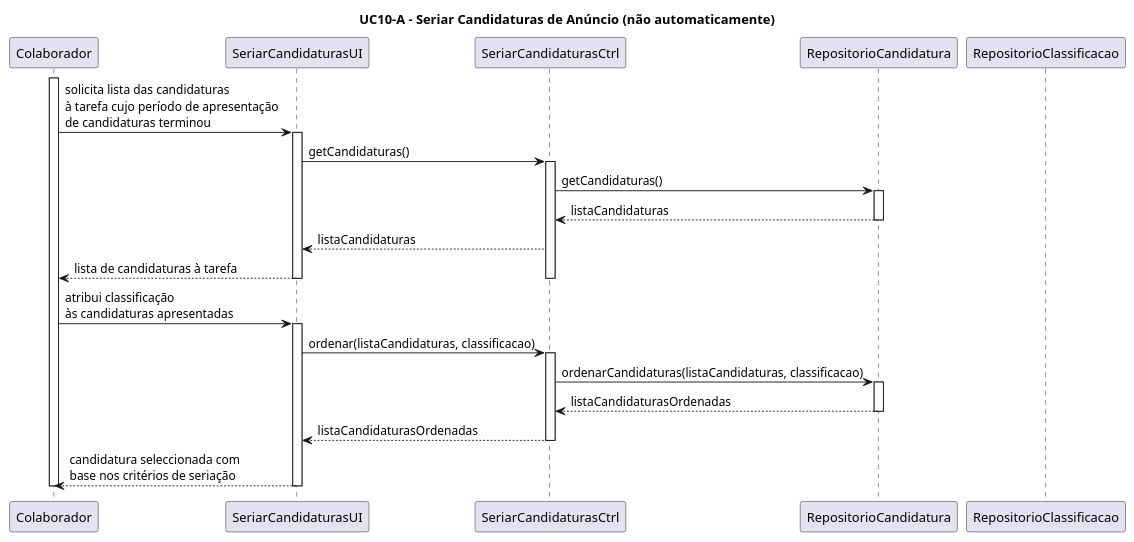
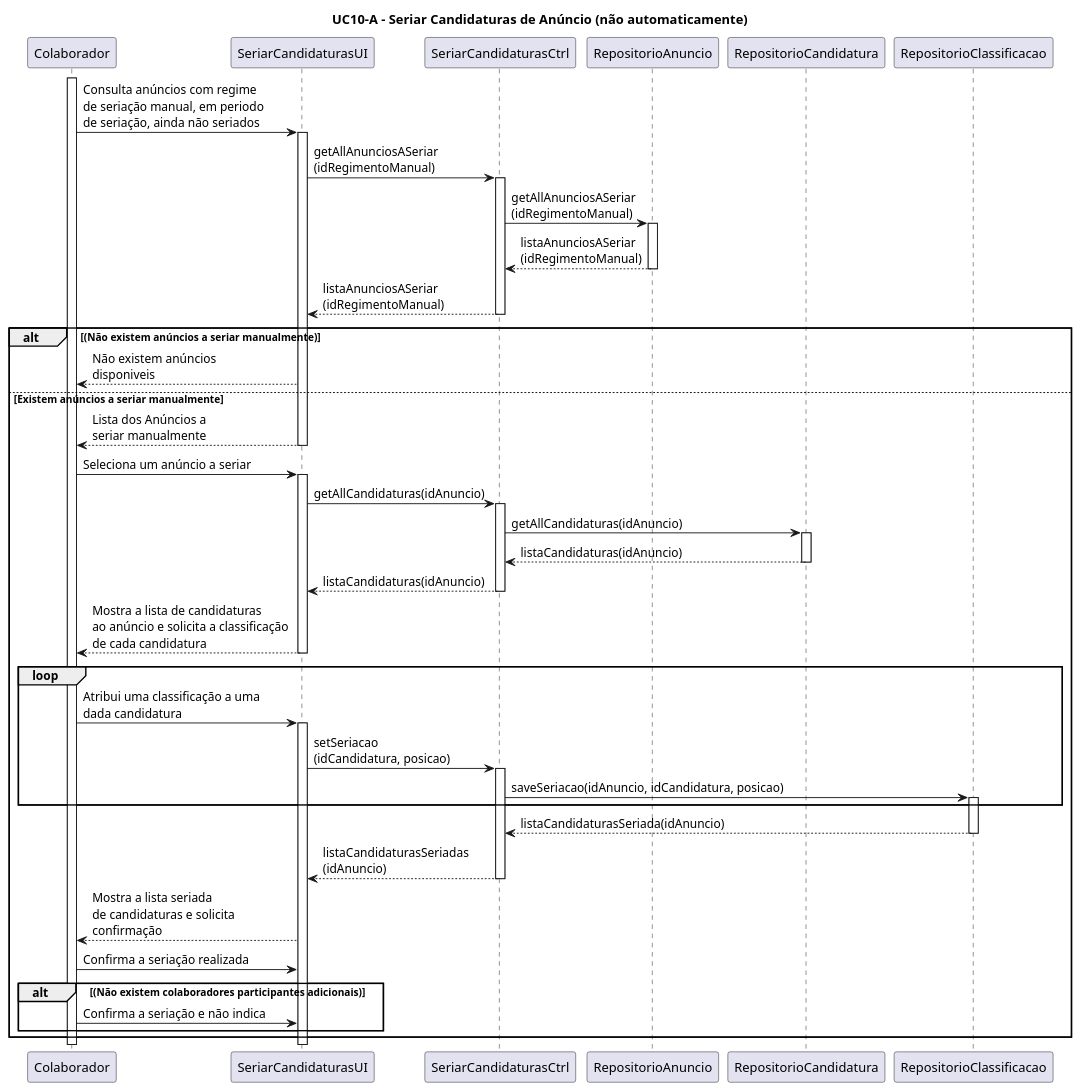
Before and after one commit to blestonbandeiraUPSKILL/upskill_java1_labprg_grupo2: the diagram in Documentação/Sprint 3/UC10_A_Seriar_Candidaturas_(não_automaticamente)/UC10_A_Seriar_Candidaturas_(nao_automaticamente)_Diagrama_Sequencia.puml, drawn with PlantUML.

```diff
--- a/Documentação/Sprint 3/UC10_A_Seriar_Candidaturas_(não_automaticamente)/UC10_A_Seriar_Candidaturas_(nao_automaticamente)_Diagrama_Sequencia.puml
+++ b/Documentação/Sprint 3/UC10_A_Seriar_Candidaturas_(não_automaticamente)/UC10_A_Seriar_Candidaturas_(nao_automaticamente)_Diagrama_Sequencia.puml
@@ -1,46 +1,72 @@
 @startuml
 
 title UC10-A - Seriar Candidaturas de Anúncio (não automaticamente)
 
 participant Colaborador
 participant SeriarCandidaturasUI
 participant SeriarCandidaturasCtrl
+participant RepositorioAnuncio
 participant RepositorioCandidatura
 participant RepositorioClassificacao
 
 
 activate Colaborador
-Colaborador -> SeriarCandidaturasUI: solicita lista das candidaturas \nà tarefa cujo período de apresentação \nde candidaturas terminou
+Colaborador -> SeriarCandidaturasUI: Consulta anúncios com regime \nde seriação manual, em periodo \nde seriação, ainda não seriados
 activate SeriarCandidaturasUI
-SeriarCandidaturasUI -> SeriarCandidaturasCtrl: getCandidaturas()
+SeriarCandidaturasUI -> SeriarCandidaturasCtrl: getAllAnunciosASeriar\n(idRegimentoManual)
 activate SeriarCandidaturasCtrl
-SeriarCandidaturasCtrl -> RepositorioCandidatura: getCandidaturas()
+SeriarCandidaturasCtrl -> RepositorioAnuncio: getAllAnunciosASeriar\n(idRegimentoManual)
+activate RepositorioAnuncio
+RepositorioAnuncio --> SeriarCandidaturasCtrl: listaAnunciosASeriar\n(idRegimentoManual)
+deactivate RepositorioAnuncio
+SeriarCandidaturasCtrl --> SeriarCandidaturasUI: listaAnunciosASeriar\n(idRegimentoManual)
+deactivate SeriarCandidaturasCtrl
+alt (Não existem anúncios a seriar manualmente)
+SeriarCandidaturasUI --> Colaborador: Não existem anúncios \ndisponiveis
+
+else Existem anúncios a seriar manualmente 
+SeriarCandidaturasUI --> Colaborador: Lista dos Anúncios a \nseriar manualmente
+deactivate SeriarCandidaturasUI
+
+Colaborador -> SeriarCandidaturasUI: Seleciona um anúncio a seriar
+activate SeriarCandidaturasUI
+SeriarCandidaturasUI -> SeriarCandidaturasCtrl: getAllCandidaturas(idAnuncio)
+activate SeriarCandidaturasCtrl
+SeriarCandidaturasCtrl -> RepositorioCandidatura: getAllCandidaturas(idAnuncio)
 activate RepositorioCandidatura
+RepositorioCandidatura --> SeriarCandidaturasCtrl: listaCandidaturas(idAnuncio)
+deactivate RepositorioCandidatura
+SeriarCandidaturasCtrl --> SeriarCandidaturasUI: listaCandidaturas(idAnuncio)
+deactivate SeriarCandidaturasCtrl
+SeriarCandidaturasUI --> Colaborador: Mostra a lista de candidaturas \nao anúncio e solicita a classificação \nde cada candidatura
+deactivate SeriarCandidaturasUI
 
 
 
-RepositorioCandidatura --> SeriarCandidaturasCtrl: listaCandidaturas
-deactivate RepositorioCandidatura
-SeriarCandidaturasCtrl --> SeriarCandidaturasUI: listaCandidaturas
-SeriarCandidaturasUI --> Colaborador: lista de candidaturas à tarefa
+loop
+Colaborador -> SeriarCandidaturasUI: Atribui uma classificação a uma \ndada candidatura
+activate SeriarCandidaturasUI
+SeriarCandidaturasUI -> SeriarCandidaturasCtrl: setSeriacao\n(idCandidatura, posicao)
+activate SeriarCandidaturasCtrl
+SeriarCandidaturasCtrl -> RepositorioClassificacao: saveSeriacao(idAnuncio, idCandidatura, posicao)
+activate RepositorioClassificacao
+end loop
+RepositorioClassificacao --> SeriarCandidaturasCtrl: listaCandidaturasSeriada(idAnuncio)
+deactivate RepositorioClassificacao
+SeriarCandidaturasCtrl --> SeriarCandidaturasUI: listaCandidaturasSeriadas\n(idAnuncio)
+deactivate SeriarCandidaturasCtrl
+SeriarCandidaturasUI --> Colaborador: Mostra a lista seriada \nde candidaturas e solicita \nconfirmação
 
-deactivate SeriarCandidaturasUI
-deactivate SeriarCandidaturasCtrl
+Colaborador -> SeriarCandidaturasUI: Confirma a seriação realizada
 
-Colaborador -> SeriarCandidaturasUI: atribui classificação \nàs candidaturas apresentadas
-activate SeriarCandidaturasUI
-SeriarCandidaturasUI -> SeriarCandidaturasCtrl: ordenar(listaCandidaturas, classificacao)
-activate SeriarCandidaturasCtrl
-SeriarCandidaturasCtrl -> RepositorioCandidatura: ordenarCandidaturas(listaCandidaturas, classificacao)
-activate RepositorioCandidatura
+'\ninformar se houve mais colaboradores \npartipantes envolvidos na seriação
 
-RepositorioCandidatura --> SeriarCandidaturasCtrl: listaCandidaturasOrdenadas
-deactivate RepositorioCandidatura
-SeriarCandidaturasCtrl --> SeriarCandidaturasUI: listaCandidaturasOrdenadas
-deactivate SeriarCandidaturasCtrl
-SeriarCandidaturasUI --> Colaborador: candidatura seleccionada com \nbase nos critérios de seriação
-deactivate SeriarCandidaturasUI
-deactivate Colaborador
+alt (Não existem colaboradores participantes adicionais)
+Colaborador -> SeriarCandidaturasUI: Confirma a seriação e não indica 
+end alt
 
 
+
+end alt
+
 @enduml
```
